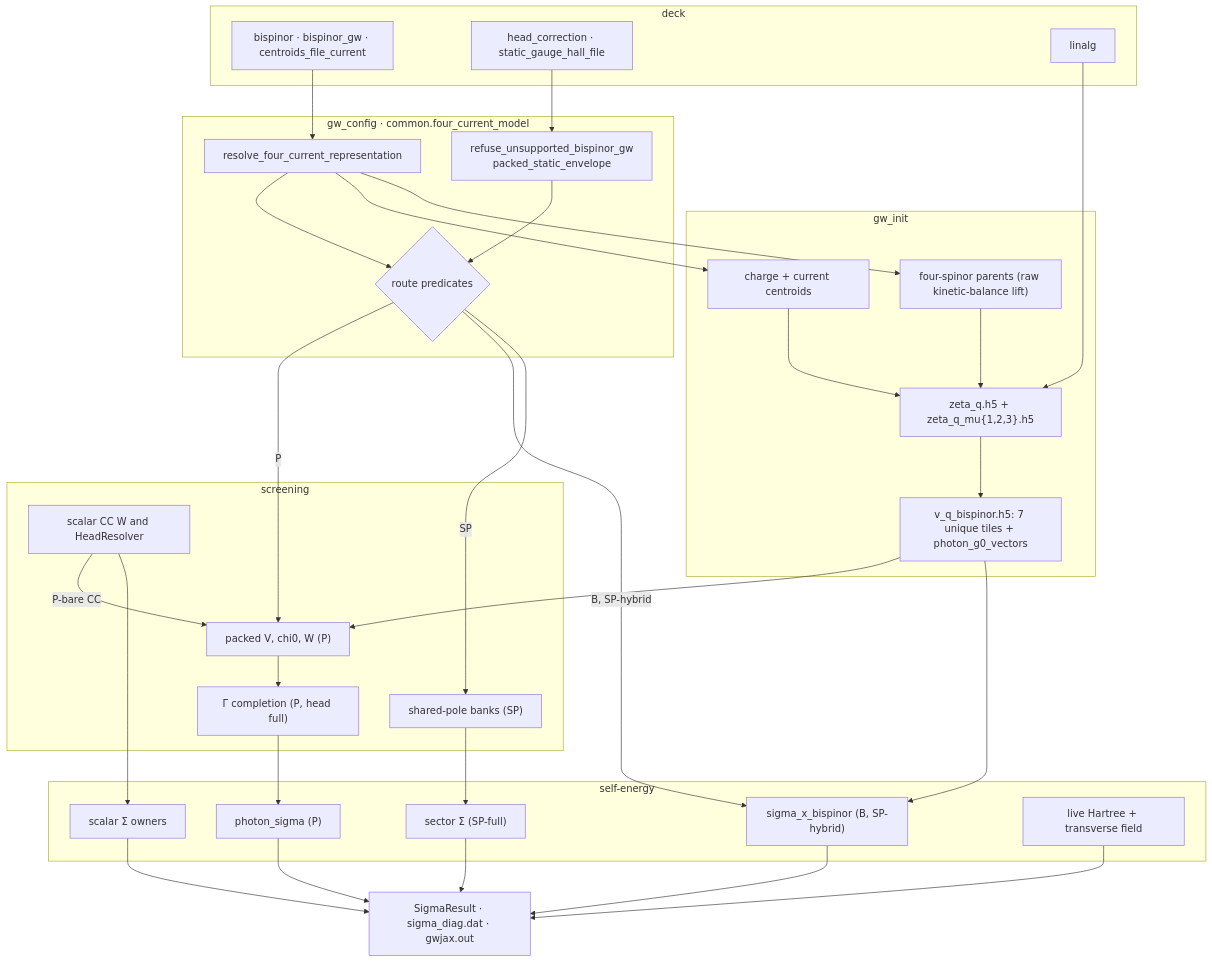
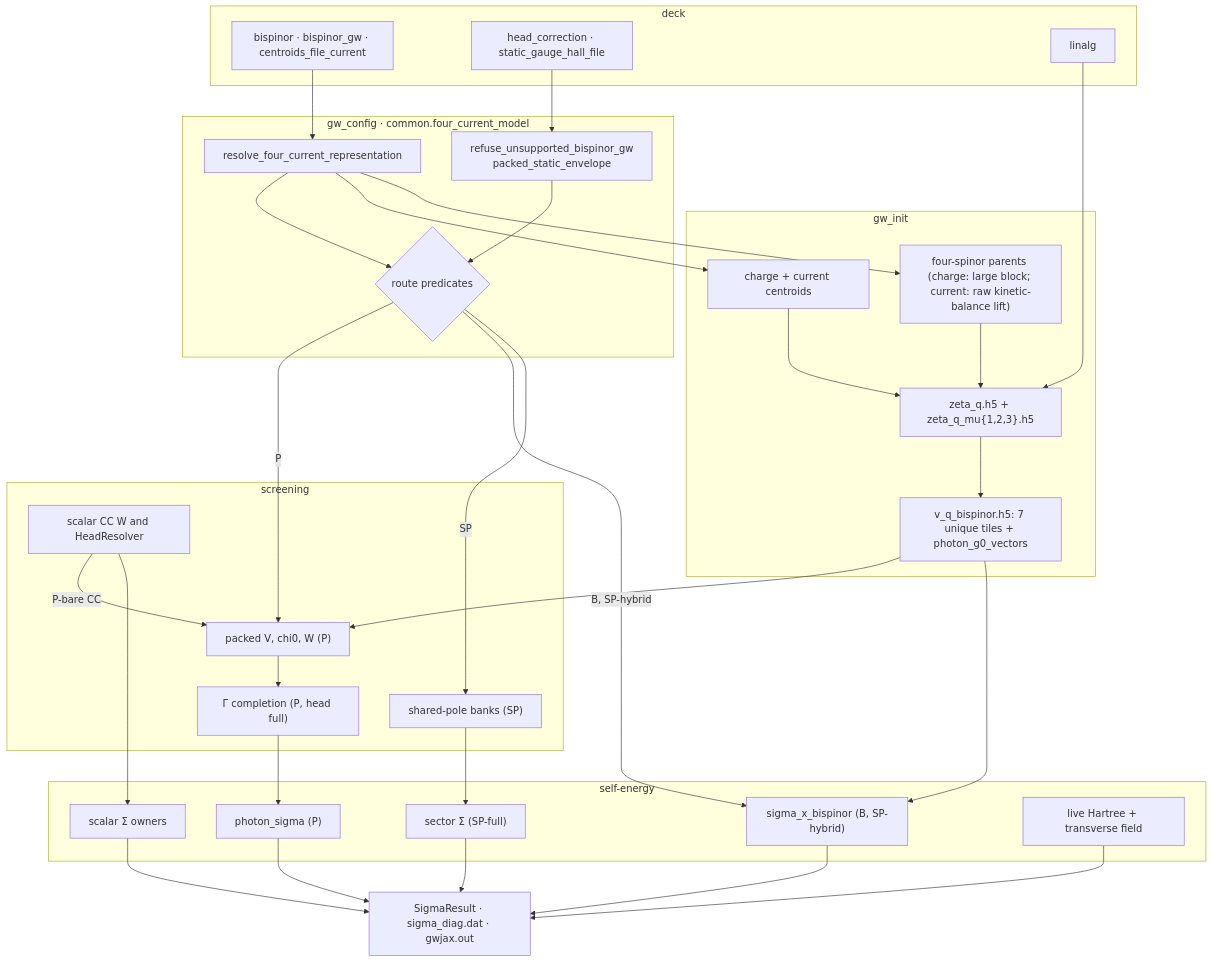
The diagram in docs/architecture/four_current_wiring.md (jackmcarthur/lorrax), drawn with Mermaid before and after one commit. The commit also changed other lines of this file and 9 other files, not shown here.

````diff
--- a/docs/architecture/four_current_wiring.md
+++ b/docs/architecture/four_current_wiring.md
@@ -78,54 +78,54 @@
 ```mermaid
 flowchart TD
   subgraph DECK["deck"]
     K1["bispinor · bispinor_gw · centroids_file_current"]
     K2["head_correction · static_gauge_hall_file"]
     K3["linalg"]
   end
   subgraph CFG["gw_config · common.four_current_model"]
     R["resolve_four_current_representation"]
     E["refuse_unsupported_bispinor_gw<br/>packed_static_envelope"]
     F{"route predicates"}
   end
   subgraph INIT["gw_init"]
     C["charge + current centroids"]
-    L["four-spinor parents (raw kinetic-balance lift)"]
+    L["four-spinor parents (charge: large block; current: raw kinetic-balance lift)"]
     Z["zeta_q.h5 + zeta_q_mu{1,2,3}.h5"]
     VQ["v_q_bispinor.h5: 7 unique tiles + photon_g0_vectors"]
   end
   subgraph SCR["screening"]
     SW["scalar CC W and HeadResolver"]
     PK["packed V, chi0, W (P)"]
     HD["Γ completion (P, head full)"]
     SP["shared-pole banks (SP)"]
   end
   subgraph SIG["self-energy"]
     PS["photon_sigma (P)"]
     SB["sigma_x_bispinor (B, SP-hybrid)"]
     CS["scalar Σ owners"]
     SS["sector Σ (SP-full)"]
     HT["live Hartree + transverse field"]
   end
   OUT["SigmaResult · sigma_diag.dat · gwjax.out"]
   K1 --> R --> F
   K2 --> E
   E --> F
   K3 --> Z
   R --> C --> Z
   R --> L --> Z
   Z --> VQ
   F -->|P| PK
   F -->|B, SP-hybrid| SB
   F -->|SP| SP
   VQ --> PK
   SW -->|P-bare CC| PK
   PK --> HD --> PS
   VQ --> SB
   SW --> CS
   SP --> SS
   PS --> OUT
   SB --> OUT
   CS --> OUT
   SS --> OUT
   HT --> OUT
 ```
````
